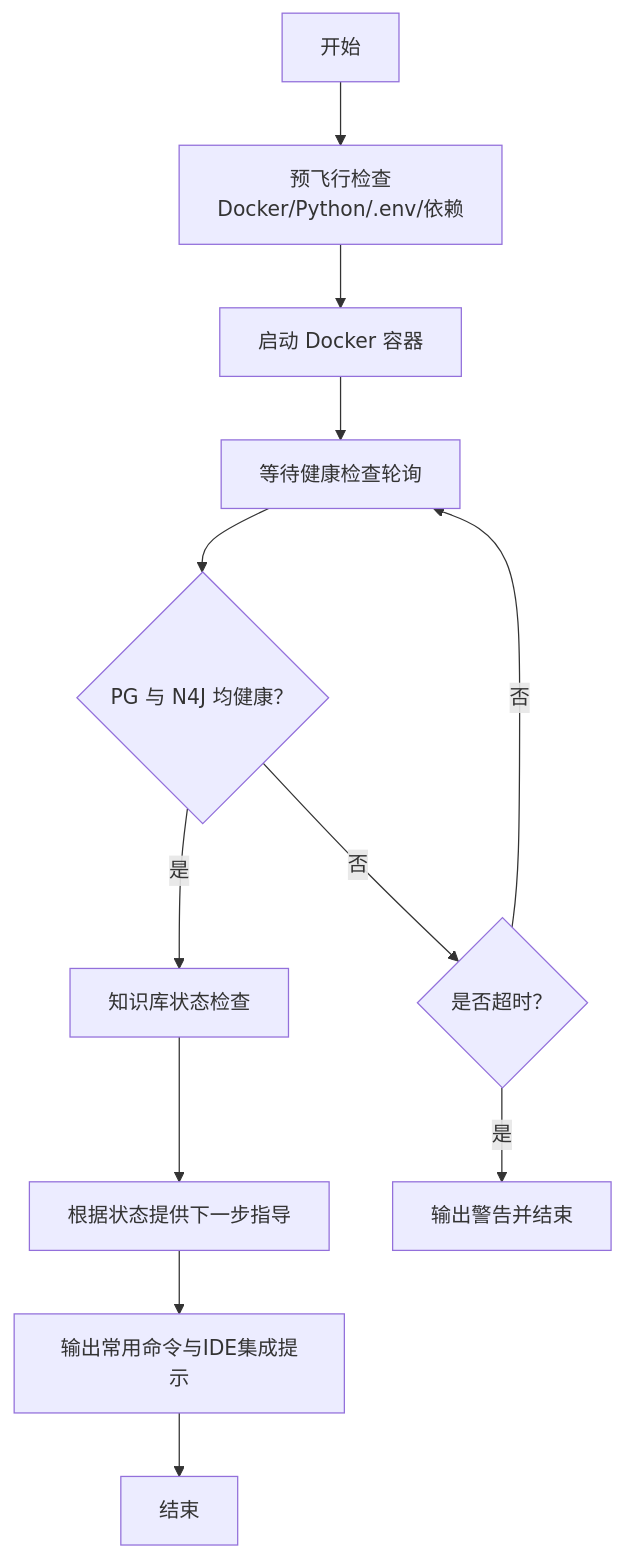
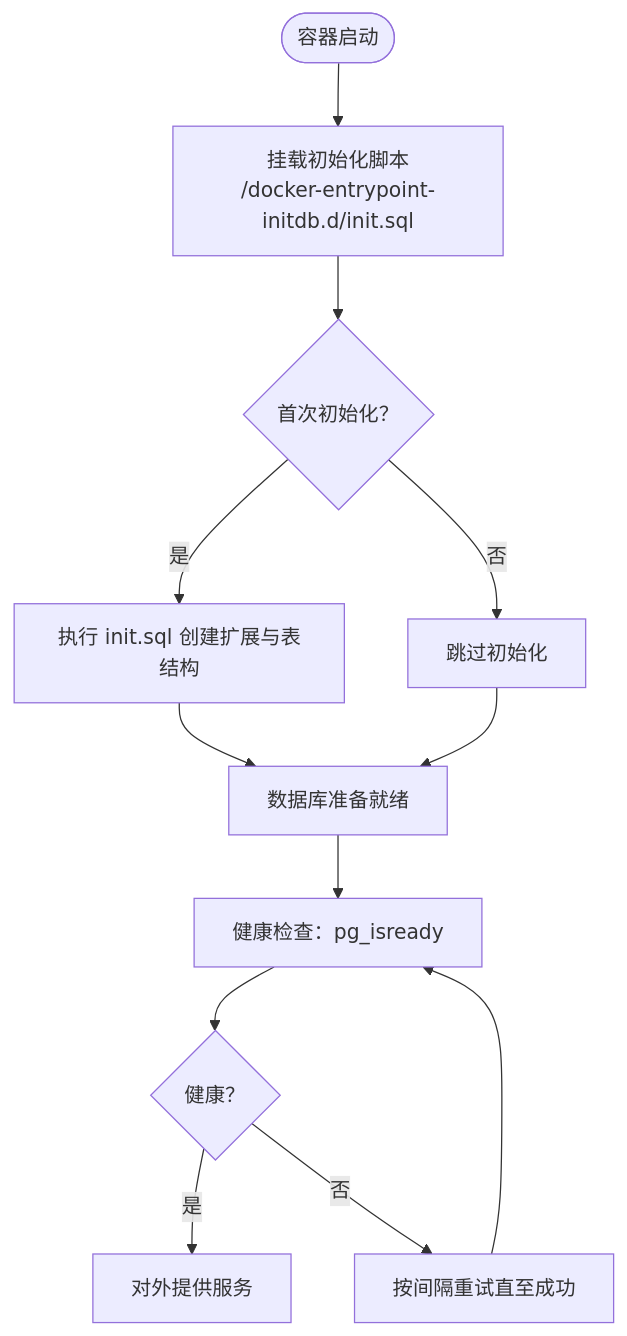
The third of 7 diagrams in .qoder/repowiki/zh/content/部署与运维/容器化部署.md (1173591564/academic-based-qoder), drawn with Mermaid before and after one commit. The commit also changed other lines of this file and 221 other files, not shown here.

````diff
--- a/.qoder/repowiki/zh/content/部署与运维/容器化部署.md
+++ b/.qoder/repowiki/zh/content/部署与运维/容器化部署.md
@@ -288,14 +151,14 @@
 ```mermaid
 flowchart TD
-A["开始"] --> B["预飞行检查<br/>Docker/Python/.env/依赖"]
-B --> C["启动 Docker 容器"]
-C --> D["等待健康检查轮询"]
-D --> E{"PG 与 N4J 均健康？"}
-E --> |是| F["知识库状态检查"]
-E --> |否| G{"是否超时？"}
-G --> |否| D
-G --> |是| H["输出警告并结束"]
-F --> I["根据状态提供下一步指导"]
-I --> J["输出常用命令与IDE集成提示"]
-J --> K["结束"]
+Start(["容器启动"]) --> MountInit["挂载初始化脚本<br/>/docker-entrypoint-initdb.d/init.sql"]
+MountInit --> InitDB{"首次初始化？"}
+InitDB --> |是| ExecInit["执行 init.sql 创建扩展与表结构"]
+InitDB --> |否| SkipInit["跳过初始化"]
+ExecInit --> Ready["数据库准备就绪"]
+SkipInit --> Ready
+Ready --> HealthCheck["健康检查：pg_isready"]
+HealthCheck --> Healthy{"健康？"}
+Healthy --> |是| Serve["对外提供服务"]
+Healthy --> |否| Retry["按间隔重试直至成功"]
+Retry --> HealthCheck
 ```
````
